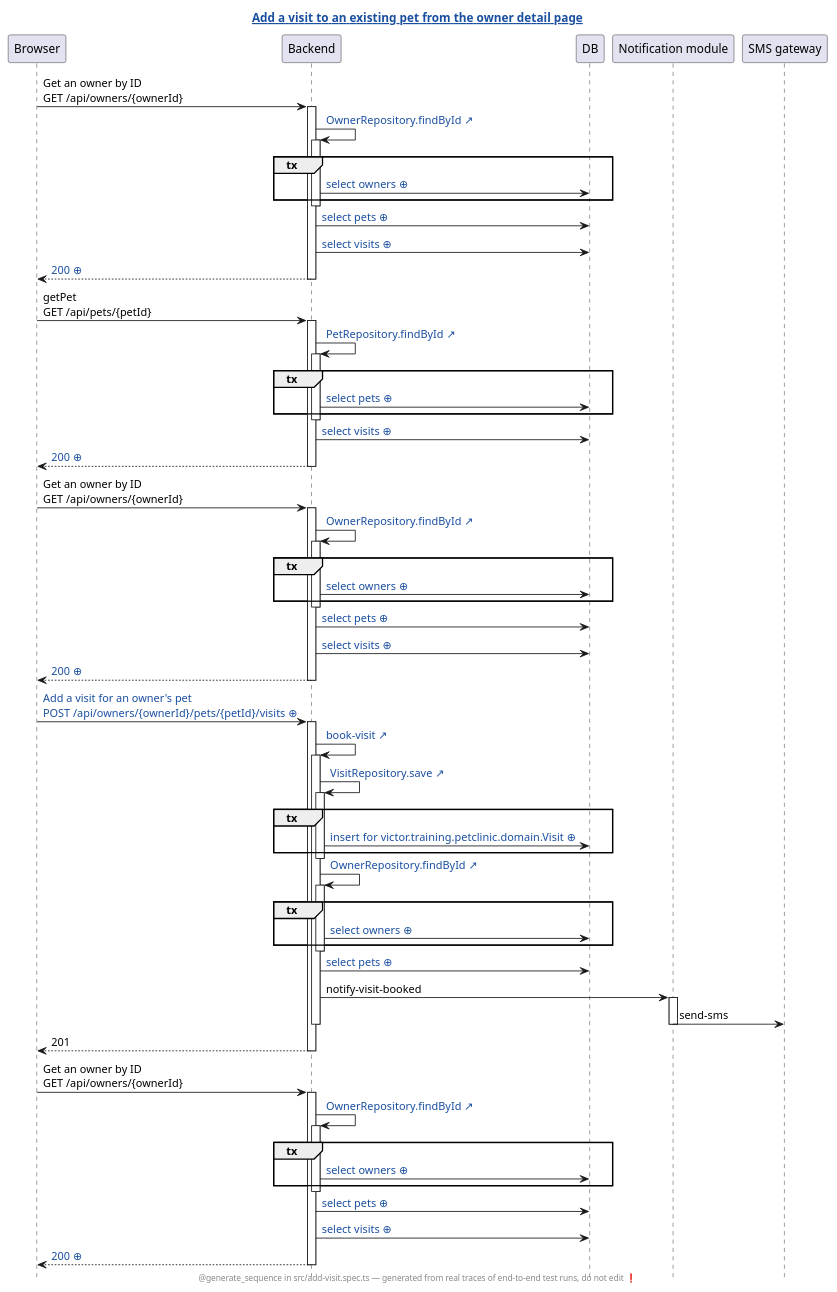
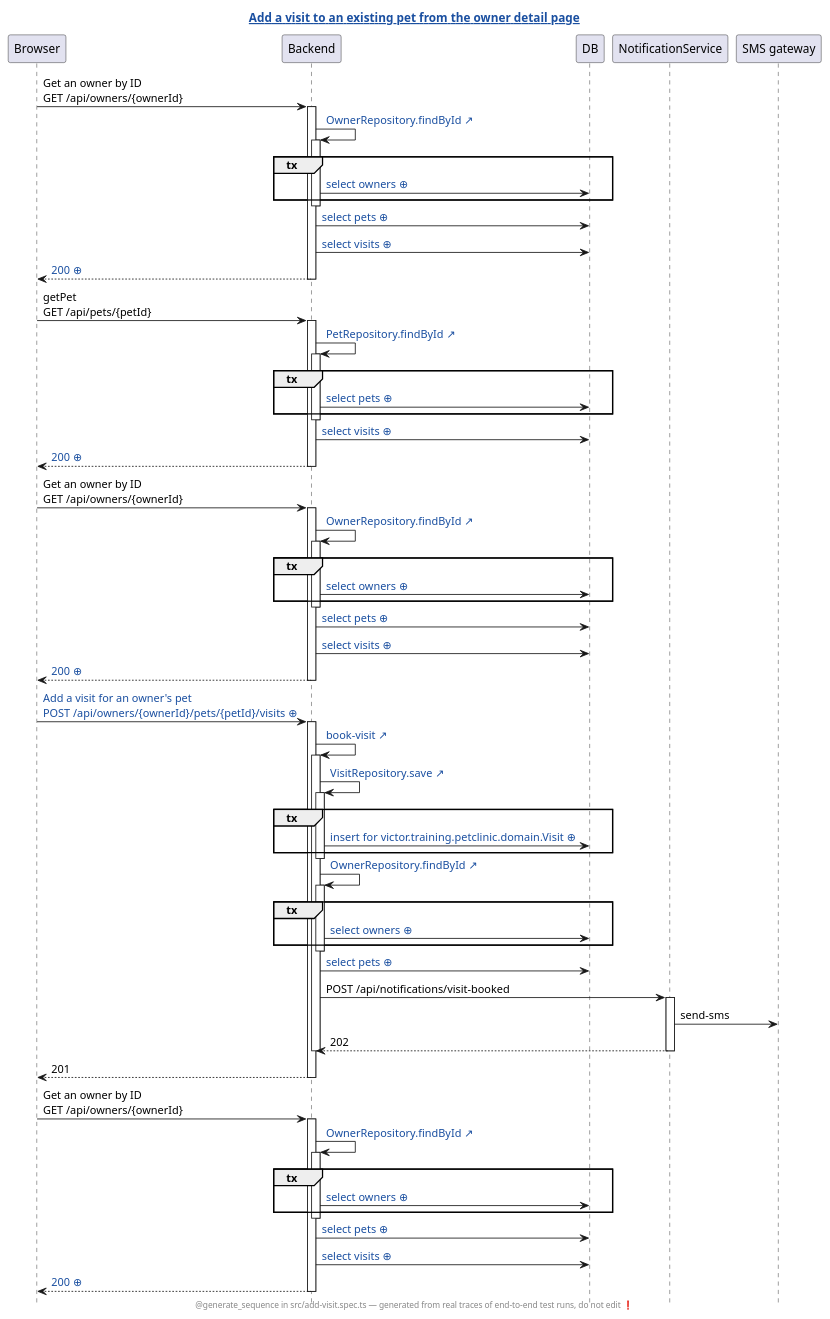
One commit to kashann/petclinic changed the diagram in petclinic-test/generated/add-visit.spec.ts.add-a-visit-to-an-existing-pet-from-the-owner-detail-page.genseq.puml. Above: the diagram before and after it, drawn with PlantUML. The commit also changed 33 other files, not shown here.

```diff
--- a/petclinic-test/generated/add-visit.spec.ts.add-a-visit-to-an-existing-pet-from-the-owner-detail-page.genseq.puml
+++ b/petclinic-test/generated/add-visit.spec.ts.add-a-visit-to-an-existing-pet-from-the-owner-detail-page.genseq.puml
@@ -1,84 +1,85 @@
 @startuml
 ' ⚠️  GENERATED FILE — DO NOT EDIT. Every edit is lost on the next run.
 hide footbox
 skinparam hyperlinkUnderline false
 skinparam hyperlinkColor #1A4FA0
 title [[src://petclinic-test/src/add-visit.spec.ts:31{Click to open the test} Add a visit to an existing pet from the owner detail page]]
 footer @generate_sequence in src/add-visit.spec.ts — generated from real traces of end-to-end test runs, do not edit ❗
 participant Browser
 participant Backend
 participant DB
-participant "Notification module"
+participant NotificationService
 participant "SMS gateway"
 Browser -> Backend: Get an owner by ID\nGET /api/owners/{ownerId}
 activate Backend
 Backend -> Backend: [[src://petclinic-backend/src/main/java/victor/training/petclinic/repository/OwnerRepository.java:14{Click to open OwnerRepository.findById} OwnerRepository.findById ↗]]
 activate Backend
 group tx
 Backend -> DB: [[genseq://0x8aana{Click for the statement behind this call} select owners ⊕]]
 end
 deactivate Backend
 Backend -> DB: [[genseq://18567ho{Click for the statement behind this call} select pets ⊕]]
 Backend -> DB: [[genseq://13apewa{Click for the statement behind this call} select visits ⊕]]
 Backend --> Browser: [[genseq://0tvg3tn{Click for this call’s JSON body} 200 ⊕]]
 deactivate Backend
 Browser -> Backend: getPet\nGET /api/pets/{petId}
 activate Backend
 Backend -> Backend: [[src://petclinic-backend/src/main/java/victor/training/petclinic/repository/PetRepository.java:16{Click to open PetRepository.findById} PetRepository.findById ↗]]
 activate Backend
 group tx
 Backend -> DB: [[genseq://0y7w2ps{Click for the statement behind this call} select pets ⊕]]
 end
 deactivate Backend
 Backend -> DB: [[genseq://13apewa{Click for the statement behind this call} select visits ⊕]]
 Backend --> Browser: [[genseq://0ts0dcp{Click for this call’s JSON body} 200 ⊕]]
 deactivate Backend
 Browser -> Backend: Get an owner by ID\nGET /api/owners/{ownerId}
 activate Backend
 Backend -> Backend: [[src://petclinic-backend/src/main/java/victor/training/petclinic/repository/OwnerRepository.java:14{Click to open OwnerRepository.findById} OwnerRepository.findById ↗]]
 activate Backend
 group tx
 Backend -> DB: [[genseq://0x8aana{Click for the statement behind this call} select owners ⊕]]
 end
 deactivate Backend
 Backend -> DB: [[genseq://18567ho{Click for the statement behind this call} select pets ⊕]]
 Backend -> DB: [[genseq://13apewa{Click for the statement behind this call} select visits ⊕]]
 Backend --> Browser: [[genseq://0tvg3tn{Click for this call’s JSON body} 200 ⊕]]
 deactivate Backend
-Browser -> Backend: [[genseq://0keywzn{Click for this call’s JSON body} Add a visit for an owner's pet\nPOST /api/owners/{ownerId}/pets/{petId}/visits ⊕]]
+Browser -> Backend: [[genseq://0ws185m{Click for this call’s JSON body} Add a visit for an owner's pet\nPOST /api/owners/{ownerId}/pets/{petId}/visits ⊕]]
 activate Backend
 Backend -> Backend: [[src://petclinic-backend/src/main/java/victor/training/petclinic/rest/OwnerRestController.java:183{Click to open OwnerRestController.bookVisit} book-visit ↗]]
 activate Backend
 Backend -> Backend: [[src://petclinic-backend/src/main/java/victor/training/petclinic/repository/VisitRepository.java:14{Click to open VisitRepository.save} VisitRepository.save ↗]]
 activate Backend
 group tx
-Backend -> DB: [[genseq://0tmot92{Click for the statement behind this call} insert for victor.training.petclinic.domain.Visit ⊕]]
+Backend -> DB: [[genseq://01cq0v5{Click for the statement behind this call} insert for victor.training.petclinic.domain.Visit ⊕]]
 end
 deactivate Backend
 Backend -> Backend: [[src://petclinic-backend/src/main/java/victor/training/petclinic/repository/OwnerRepository.java:14{Click to open OwnerRepository.findById} OwnerRepository.findById ↗]]
 activate Backend
 group tx
 Backend -> DB: [[genseq://0x8aana{Click for the statement behind this call} select owners ⊕]]
 end
 deactivate Backend
 Backend -> DB: [[genseq://18567ho{Click for the statement behind this call} select pets ⊕]]
-Backend -> "Notification module": notify-visit-booked
-activate "Notification module"
-"Notification module" -> "SMS gateway": send-sms
-deactivate "Notification module"
+Backend -> NotificationService: POST /api/notifications/visit-booked
+activate NotificationService
+NotificationService -> "SMS gateway": send-sms
+NotificationService --> Backend: 202
+deactivate NotificationService
 deactivate Backend
 Backend --> Browser: 201
 deactivate Backend
 Browser -> Backend: Get an owner by ID\nGET /api/owners/{ownerId}
 activate Backend
 Backend -> Backend: [[src://petclinic-backend/src/main/java/victor/training/petclinic/repository/OwnerRepository.java:14{Click to open OwnerRepository.findById} OwnerRepository.findById ↗]]
 activate Backend
 group tx
 Backend -> DB: [[genseq://0x8aana{Click for the statement behind this call} select owners ⊕]]
 end
 deactivate Backend
 Backend -> DB: [[genseq://18567ho{Click for the statement behind this call} select pets ⊕]]
 Backend -> DB: [[genseq://13apewa{Click for the statement behind this call} select visits ⊕]]
-Backend --> Browser: [[genseq://0a11t7h{Click for this call’s JSON body} 200 ⊕]]
+Backend --> Browser: [[genseq://0yaleo2{Click for this call’s JSON body} 200 ⊕]]
 deactivate Backend
 @enduml
```
